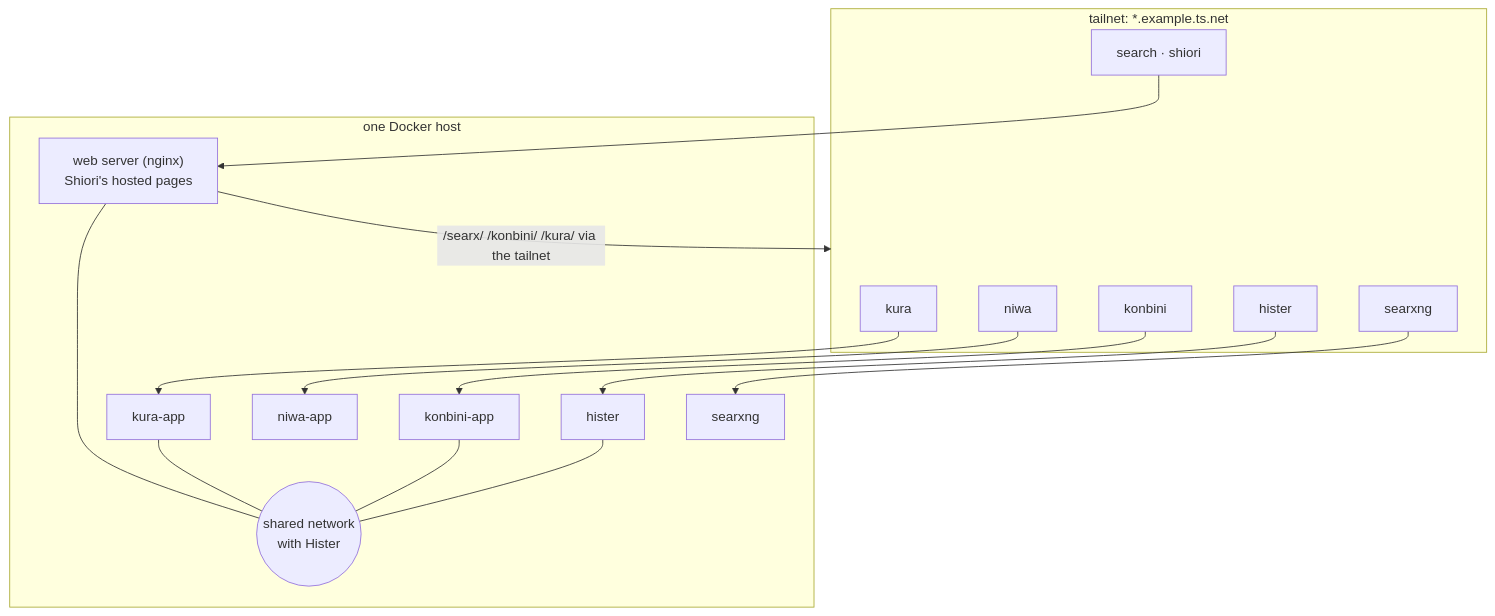
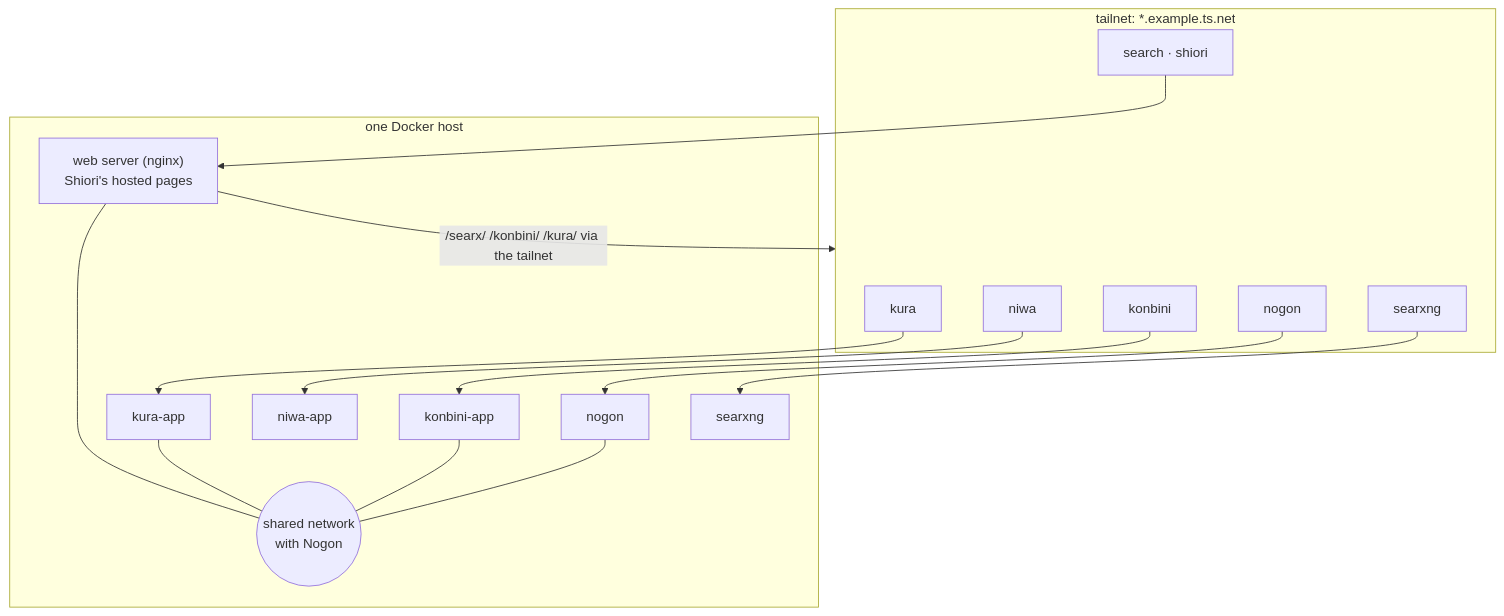
Before and after one commit to machiya-kobo/machiya: the sixth of 6 diagrams in docs/architecture.md, drawn with Mermaid. The commit also changed other lines of this file and 30 other files, not shown here.

First line of the commit message:
machiya: docs: Hister is now Nogon, stage 3b (contract and service doc renamed)

````diff
--- a/docs/architecture.md
+++ b/docs/architecture.md
@@ -124,31 +124,31 @@
 ```mermaid
 flowchart TB
     subgraph tailnet["tailnet: *.example.ts.net"]
         skura["kura"]
         sniwa["niwa"]
         skon["konbini"]
         ssearch["search · shiori"]
-        shister["hister"]
+        snogon["nogon"]
         ssearx["searxng"]
     end
     subgraph host["one Docker host"]
         kura["kura-app"]
         kon["konbini-app"]
         niwa["niwa-app"]
         web["web server (nginx)<br/>Shiori's hosted pages"]
-        hister["hister"]
+        nogon["nogon"]
         searx["searxng"]
-        net(("shared network<br/>with Hister"))
+        net(("shared network<br/>with Nogon"))
     end
     skura --> kura
     skon --> kon
     sniwa --> niwa
     ssearch --> web
-    shister --> hister
+    snogon --> nogon
     ssearx --> searx
     kura --- net
     kon --- net
     web --- net
-    hister --- net
+    nogon --- net
     web -->|"/searx/ /konbini/ /kura/ via the tailnet"| tailnet
 ```
````
